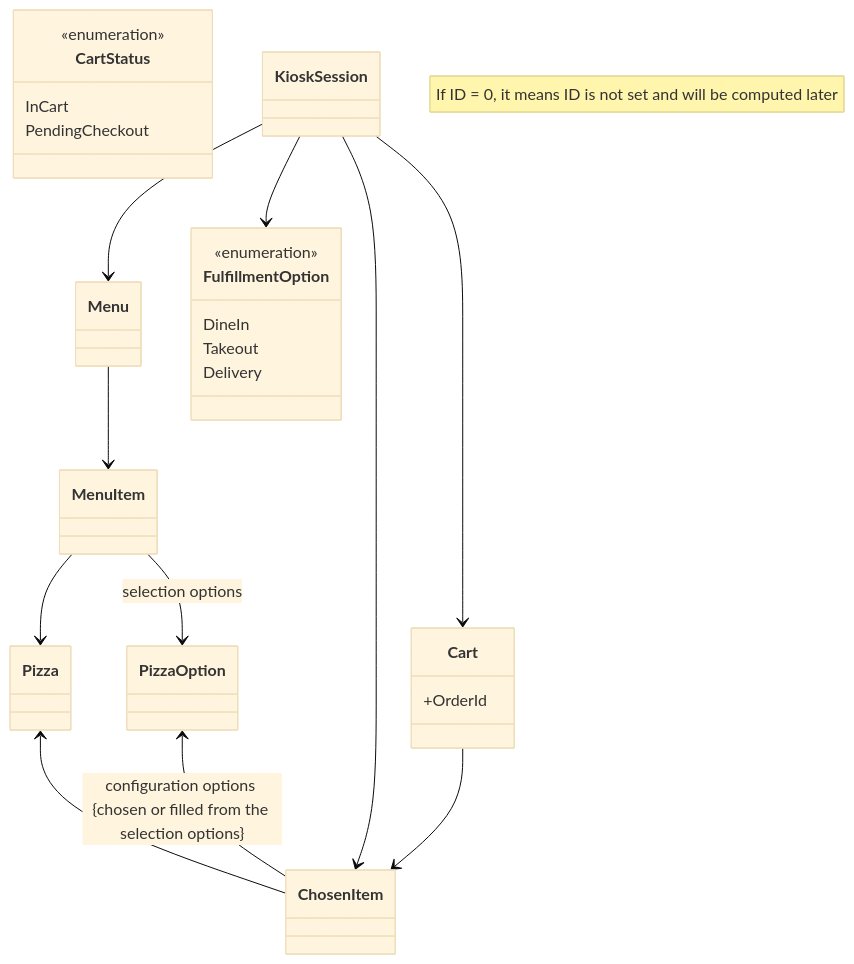
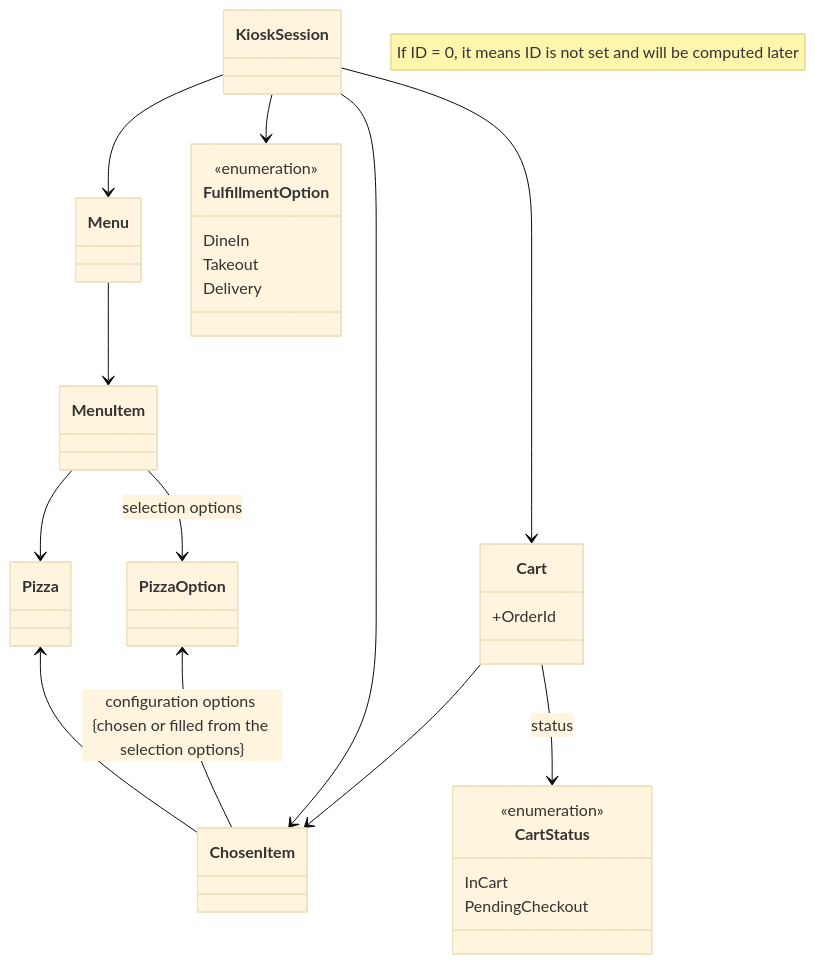
One commit to ekral/Utb.PizzaKiosk changed the diagram in README.md. Above: the diagram before and after it, drawn with Mermaid (base theme).

````diff
--- a/README.md
+++ b/README.md
@@ -160,39 +160,40 @@
 ```mermaid
  classDiagram
    note "If ID = 0, it means ID is not set and will be computed later"
    %% direction LR
    class PizzaOption
    class Pizza
    class MenuItem
    class Menu
    class ChosenItem
 
    class CartStatus{
       <<enumeration>>
       InCart
       PendingCheckout
    }
 
    class Cart{
       +OrderId
    }
 
    class FulfillmentOption{
       <<enumeration>>
       DineIn
       Takeout
       Delivery
    }
 
    class KioskSession
    MenuItem --> Pizza
    Pizza <-- ChosenItem
    MenuItem --> PizzaOption : selection options
    PizzaOption <-- ChosenItem : configuration options {chosen or filled from the selection options}
    Menu --> MenuItem
    KioskSession --> Menu
    KioskSession --> FulfillmentOption
    KioskSession  --> ChosenItem
    KioskSession  --> Cart
    Cart --> ChosenItem
+   Cart --> CartStatus : status
 ```
````
